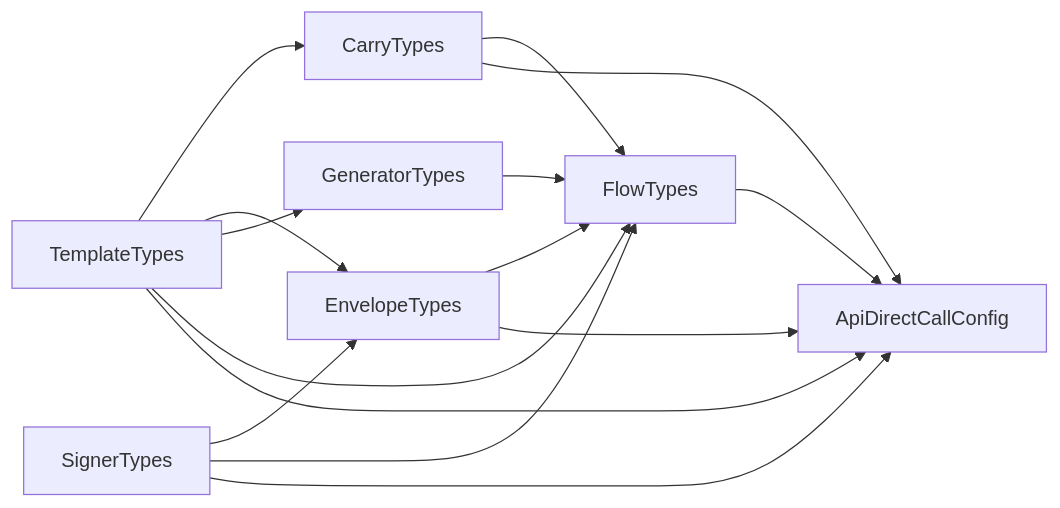
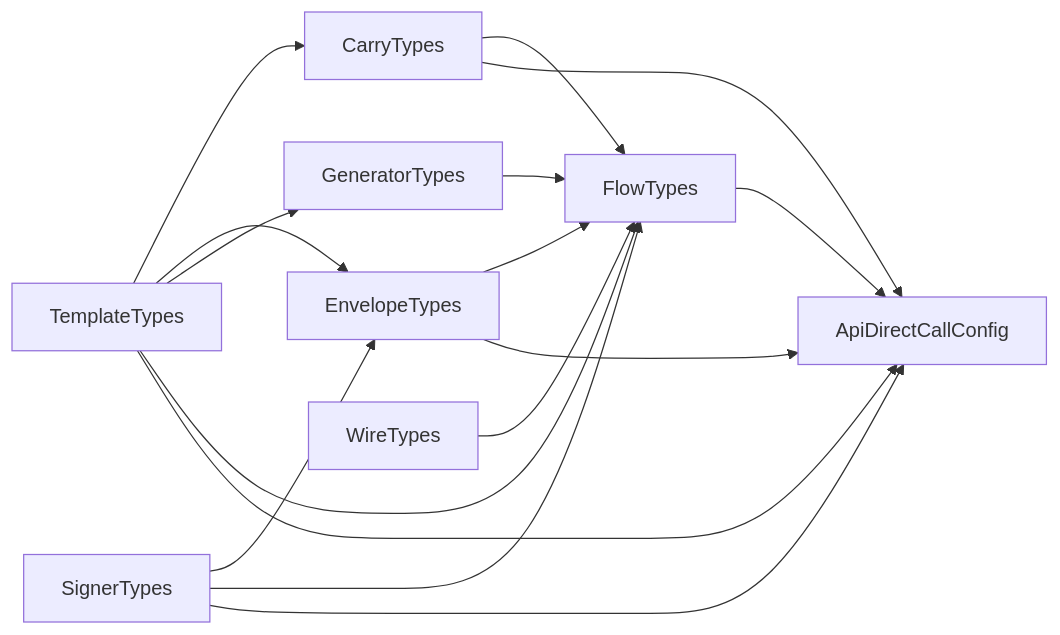
The diagram in docs/architecture/config-contracts.md (sergienko4/israeli-bank-scrapers), drawn with Mermaid before and after one commit. The commit also changed other lines of this file and 3 other files, not shown here.

First line of the commit message:
refactor(api-direct): split out WireTypes

````diff
--- a/docs/architecture/config-contracts.md
+++ b/docs/architecture/config-contracts.md
@@ -31,24 +32,26 @@
 ```mermaid
 flowchart LR
     T[TemplateTypes]
     S[SignerTypes]
     C[CarryTypes]
     E[EnvelopeTypes]
     G[GeneratorTypes]
+    W[WireTypes]
     F[FlowTypes]
     A[ApiDirectCallConfig]
     T --> C
     T --> E
     T --> G
     T --> F
     T --> A
     S --> E
     S --> F
     S --> A
     C --> F
     C --> A
     E --> F
     E --> A
     G --> F
+    W --> F
     F --> A
 ```
````
